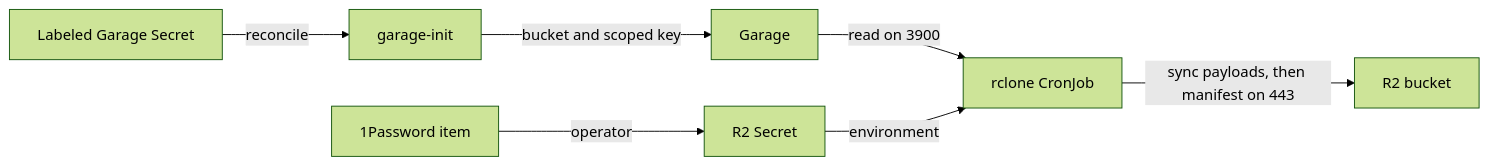
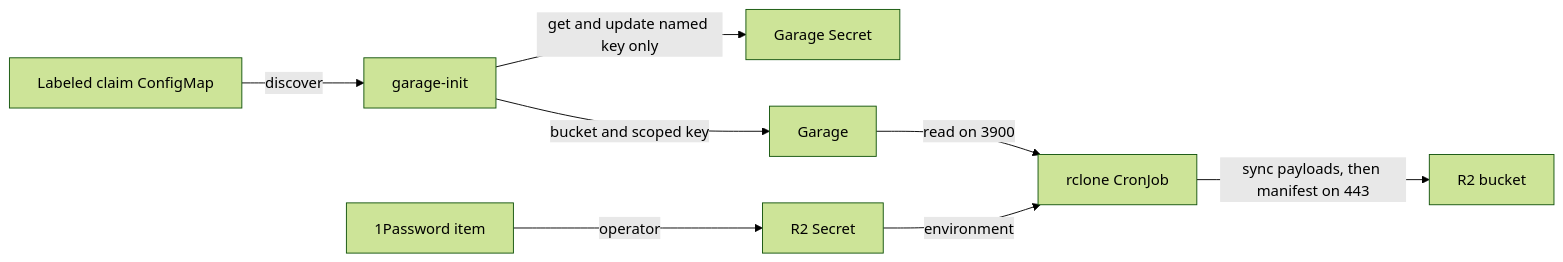
Before and after one commit to jomcgi-org/homelab: the first of 2 diagrams in projects/shared/helm/factory-library/README.md, drawn with Mermaid (forest theme). The commit also changed other lines of this file and 18 other files, not shown here.

````diff
--- a/projects/shared/helm/factory-library/README.md
+++ b/projects/shared/helm/factory-library/README.md
@@ -248,9 +251,10 @@
 ```mermaid
 flowchart LR
-  claim[Labeled Garage Secret] -->|reconcile| init[garage-init]
+  claim[Labeled claim ConfigMap] -->|discover| init[garage-init]
+  init -->|get and update named key only| key[Garage Secret]
   init -->|bucket and scoped key| garage[Garage]
   item[1Password item] -->|operator| credential[R2 Secret]
   garage -->|read on 3900| mirror[rclone CronJob]
   credential -->|environment| mirror
   mirror -->|sync payloads, then manifest on 443| r2[R2 bucket]
 ```
````
